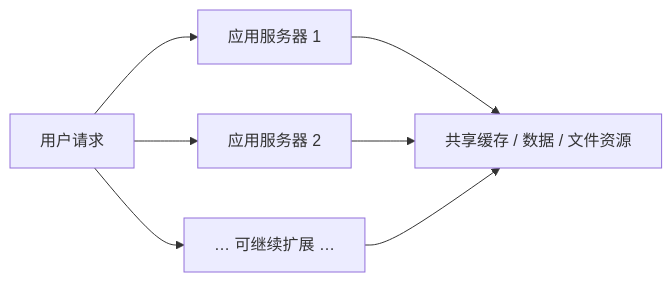
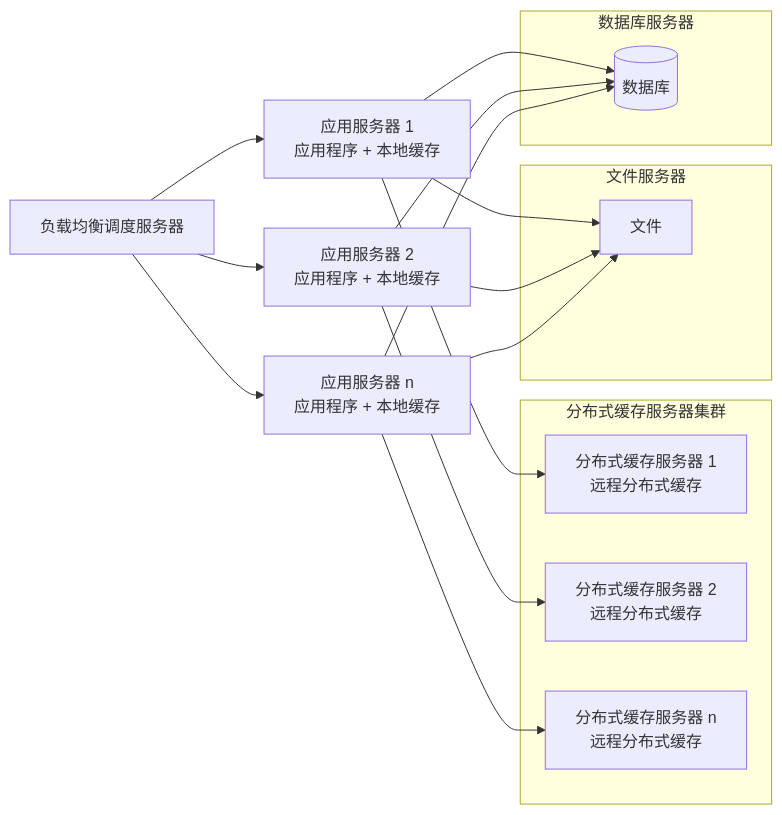
Diagram 13 of 20 in 01.系统架构设计师教材-清洗版/第10章-软件架构的演化和维护.md (YoungHong1992/ruankao-senior-architecture-designer), drawn with Mermaid before and after one commit. The commit also changed other lines of this file and 24 other files, not shown here.

````diff
--- a/01.系统架构设计师教材-清洗版/第10章-软件架构的演化和维护.md
+++ b/01.系统架构设计师教材-清洗版/第10章-软件架构的演化和维护.md
@@ -739,9 +886,28 @@
 ```mermaid
 flowchart LR
-    User["用户请求"] --> App1["应用服务器 1"]
-    User --> App2["应用服务器 2"]
-    User --> AppN["… 可继续扩展 …"]
-    App1 --> Shared["共享缓存 / 数据 / 文件资源"]
-    App2 --> Shared
-    AppN --> Shared
+    LB["负载均衡调度服务器"] --> App1["应用服务器 1\n应用程序 + 本地缓存"]
+    LB --> App2["应用服务器 2\n应用程序 + 本地缓存"]
+    LB --> AppN["应用服务器 n\n应用程序 + 本地缓存"]
+
+    subgraph CacheCluster["分布式缓存服务器集群"]
+        Cache1["分布式缓存服务器 1\n远程分布式缓存"]
+        Cache2["分布式缓存服务器 2\n远程分布式缓存"]
+        CacheN["分布式缓存服务器 n\n远程分布式缓存"]
+    end
+    subgraph FileServer["文件服务器"]
+        Files["文件"]
+    end
+    subgraph DBServer["数据库服务器"]
+        DB[("数据库")]
+    end
+
+    App1 --> Cache1
+    App2 --> Cache2
+    AppN --> CacheN
+    App1 --> Files
+    App2 --> Files
+    AppN --> Files
+    App1 --> DB
+    App2 --> DB
+    AppN --> DB
 ```
````
